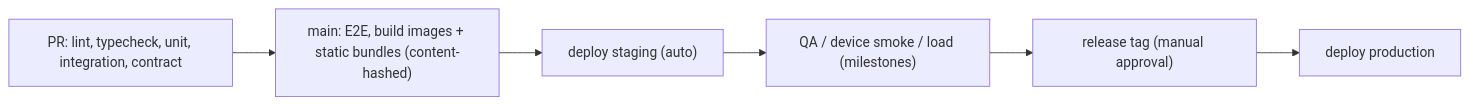
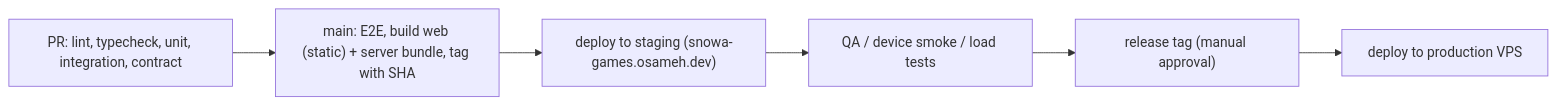
Before and after one commit to osameh15/Snowa-Exhibition-Game: the diagram in docs/09-operations/02-deployment-and-rollback.md, drawn with Mermaid. The commit also changed other lines of this file and 61 other files, not shown here.

First line of the commit message:
docs: right-size secure exhibition architecture

````diff
--- a/docs/09-operations/02-deployment-and-rollback.md
+++ b/docs/09-operations/02-deployment-and-rollback.md
@@ -5,8 +60,8 @@
 ```mermaid
 flowchart LR
-  PR["PR: lint, typecheck, unit, integration, contract"] --> M["main: E2E, build images + static bundles (content-hashed)"]
-  M --> ST["deploy staging (auto)"]
-  ST --> QA["QA / device smoke / load (milestones)"]
+  PR["PR: lint, typecheck, unit, integration, contract"] --> M["main: E2E, build web (static) + server bundle, tag with SHA"]
+  M --> ST["deploy to staging (snowa-games.osameh.dev)"]
+  ST --> QA["QA / device smoke / load tests"]
   QA --> TAG["release tag (manual approval)"]
-  TAG --> PROD["deploy production"]
+  TAG --> PROD["deploy to production VPS"]
 ```
````
